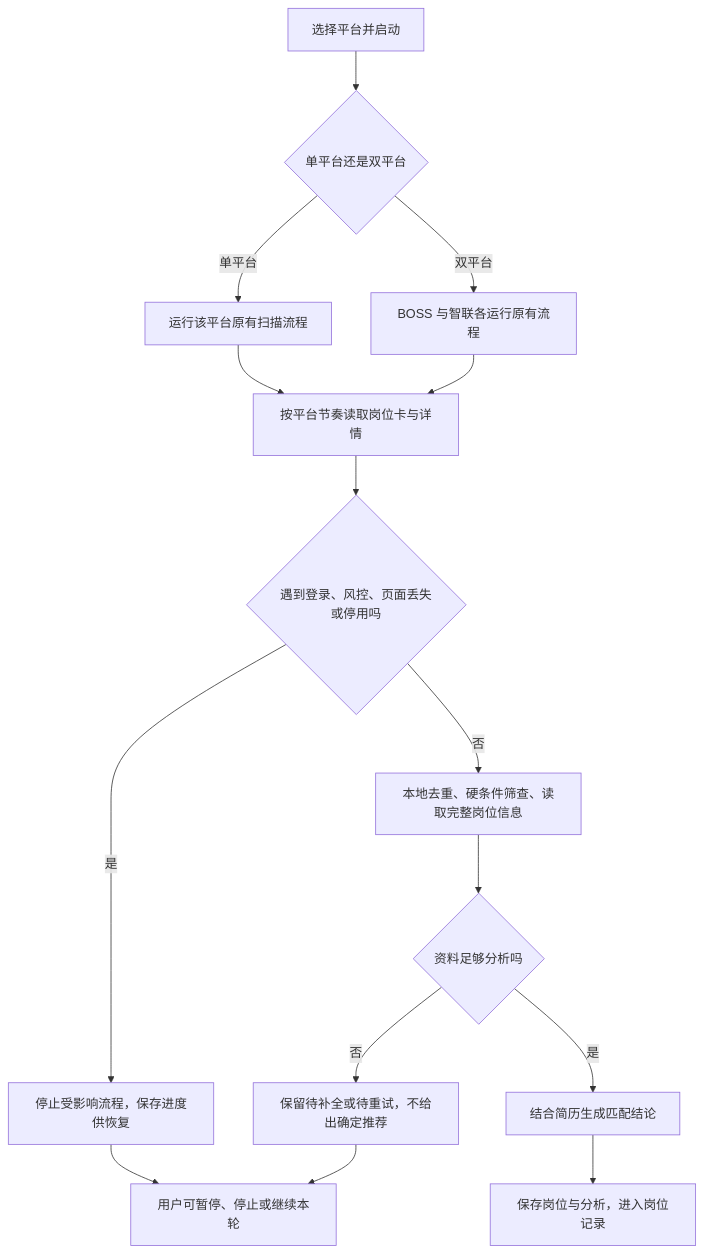
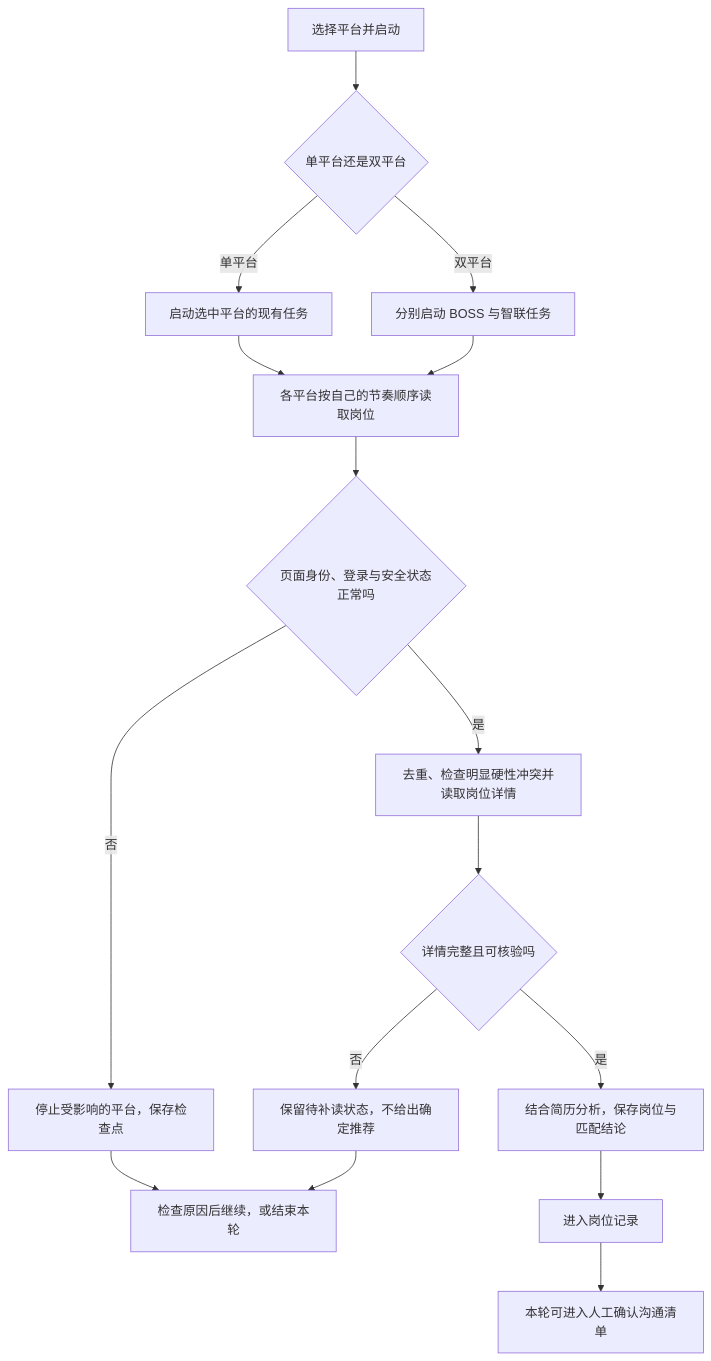
Before and after one commit to daydreamer0213/OfferGo: the fourth of 16 diagrams in docs/offergo-product-module-flows.md, drawn with Mermaid. The commit also changed other lines of this file, not shown here.

Commit message:
docs: correct OfferGo module flow diagrams against code

````diff
--- a/docs/offergo-product-module-flows.md
+++ b/docs/offergo-product-module-flows.md
@@ -74,17 +90,18 @@
 ```mermaid
 flowchart TD
   A[选择平台并启动] --> B{单平台还是双平台}
-  B -- 单平台 --> C[运行该平台原有扫描流程]
-  B -- 双平台 --> D[BOSS 与智联各运行原有流程]
-  C --> E[按平台节奏读取岗位卡与详情]
+  B -- 单平台 --> C[启动选中平台的现有任务]
+  B -- 双平台 --> D[分别启动 BOSS 与智联任务]
+  C --> E[各平台按自己的节奏顺序读取岗位]
   D --> E
-  E --> F{遇到登录、风控、页面丢失或停用吗}
-  F -- 是 --> G[停止受影响流程，保存进度供恢复]
-  F -- 否 --> H[本地去重、硬条件筛查、读取完整岗位信息]
-  H --> I{资料足够分析吗}
-  I -- 否 --> J[保留待补全或待重试，不给出确定推荐]
-  I -- 是 --> K[结合简历生成匹配结论]
-  K --> L[保存岗位与分析，进入岗位记录]
-  G --> M[用户可暂停、停止或继续本轮]
-  J --> M
+  E --> F{页面身份、登录与安全状态正常吗}
+  F -- 否 --> G[停止受影响的平台，保存检查点]
+  F -- 是 --> H[去重、检查明显硬性冲突并读取岗位详情]
+  H --> I{详情完整且可核验吗}
+  I -- 否 --> J[保留待补读状态，不给出确定推荐]
+  I -- 是 --> K[结合简历分析，保存岗位与匹配结论]
+  K --> L[进入岗位记录]
+  L --> M[本轮可进入人工确认沟通清单]
+  G --> N[检查原因后继续，或结束本轮]
+  J --> N
 ```
````
